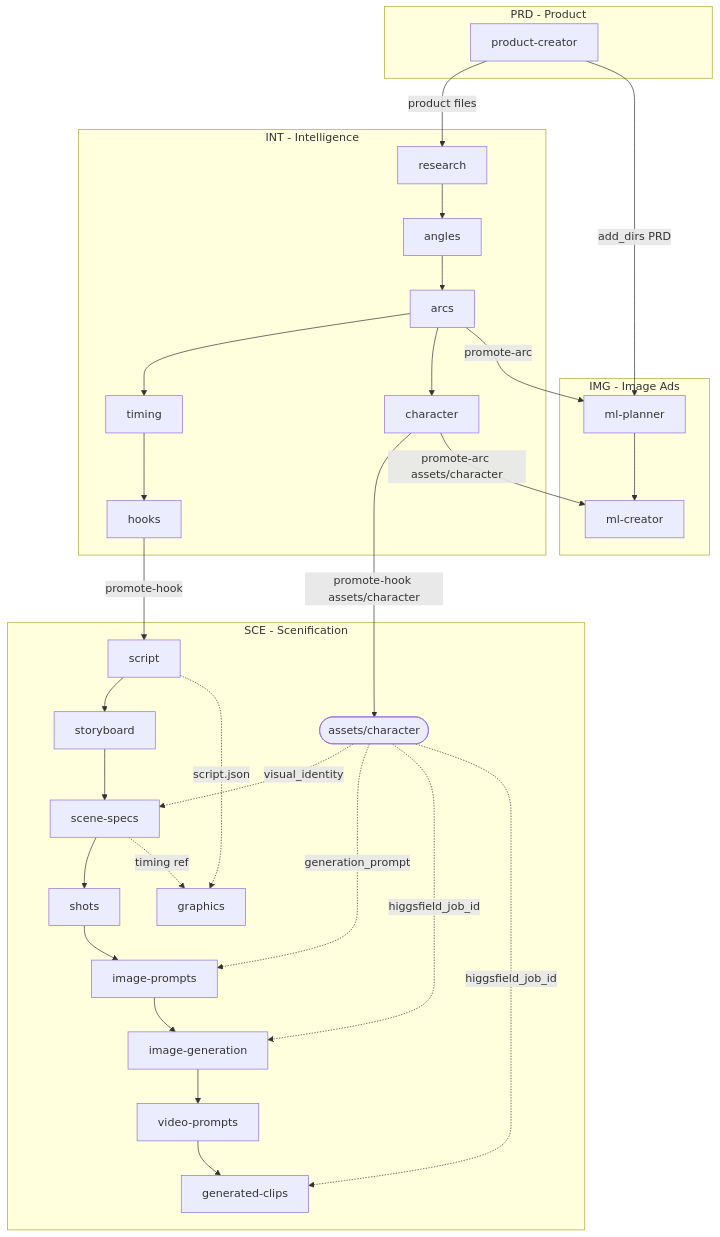
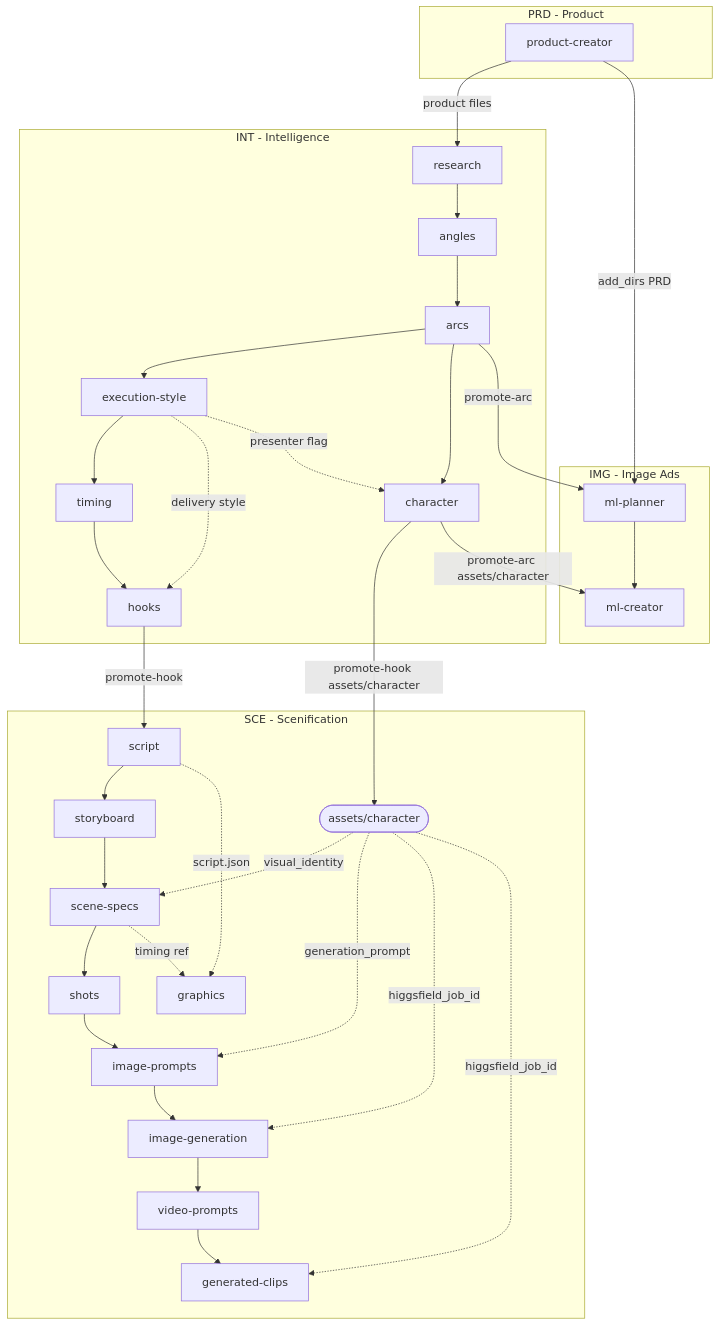
Before and after one commit to fidelsalz/artifacts-hexagonal-sdk-framework: the diagram in ad-video-suite/backend/ad-video-workflow.md, drawn with Mermaid. The commit also changed other lines of this file and 19 other files, not shown here.

````diff
--- a/ad-video-suite/backend/ad-video-workflow.md
+++ b/ad-video-suite/backend/ad-video-workflow.md
@@ -250,43 +251,46 @@
 ```mermaid
 flowchart TD
       subgraph PRD[PRD - Product]
           PC[product-creator]
       end
 
       subgraph INT[INT - Intelligence]
           RS[research] --> AN[angles]
           AN --> AR[arcs]
-          AR --> TM[timing]
+          AR --> ES[execution-style]
+          ES --> TM[timing]
           TM --> HK[hooks]
+          ES -. "delivery style" .-> HK
           AR --> CH[character]
+          ES -. "presenter flag" .-> CH
       end
 
       subgraph IMG[IMG - Image Ads]
           MP[ml-planner] --> MC[ml-creator]
       end
 
       subgraph SCE[SCE - Scenification]
           SC[script] --> SB[storyboard]
           SB --> SS[scene-specs]
           SS --> SH[shots]
           SH --> IP[image-prompts]
           IP --> IG[image-generation]
           IG --> VP[video-prompts]
           VP --> GC[generated-clips]
           SS -. "timing ref" .-> GR[graphics]
           SC -. "script.json" .-> GR
           CREF(["assets/character"])
           CREF -. "visual_identity" .-> SS
           CREF -. "generation_prompt" .-> IP
           CREF -. "higgsfield_job_id" .-> IG
           CREF -. "higgsfield_job_id" .-> GC
       end
 
       PC -->|"product files"| RS
       PC -->|"add_dirs PRD"| MP
 
       HK -->|"promote-hook"| SC
       CH -->|"promote-hook assets/character"| CREF
       CH -->|"promote-arc assets/character"| MC
       AR -->|"promote-arc"| MP
 ```
````
